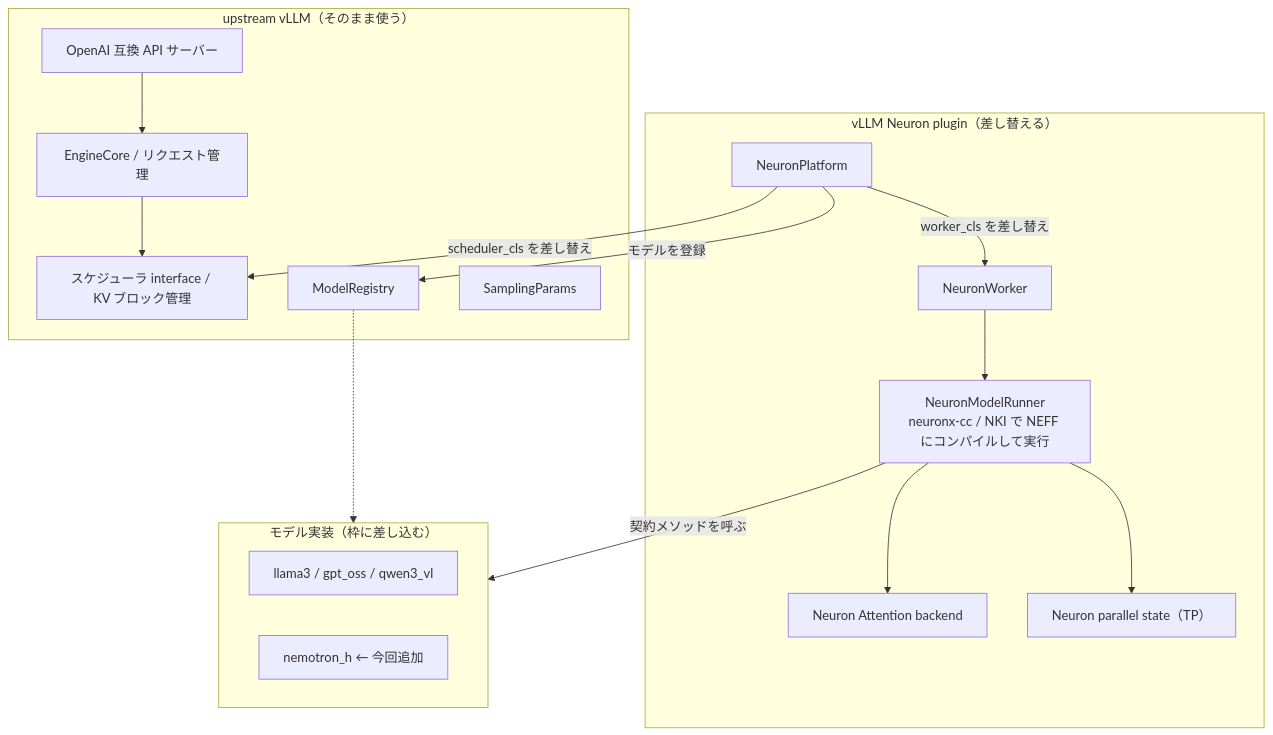
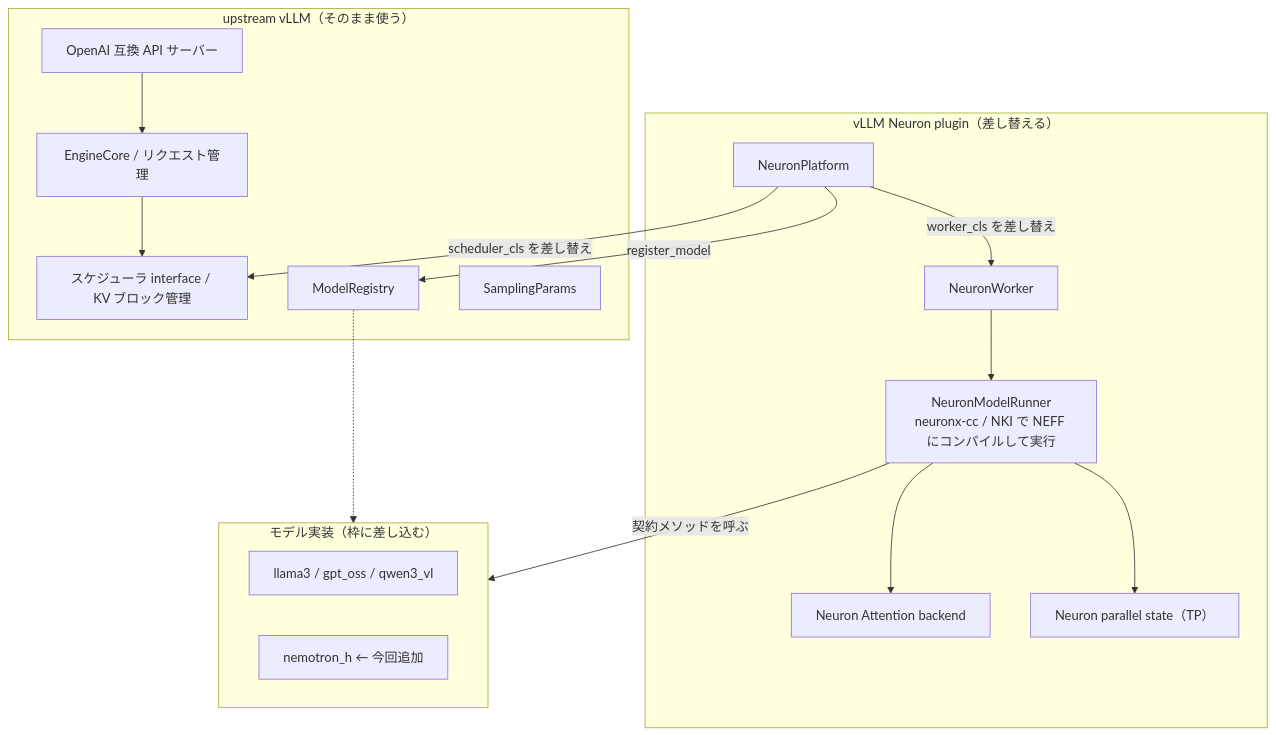
The first of 2 diagrams in articles/162e5225ba1c9b.md (littlemex/zenn), drawn with Mermaid before and after one commit. The commit also changed other lines of this file, not shown here.

````diff
--- a/articles/162e5225ba1c9b.md
+++ b/articles/162e5225ba1c9b.md
@@ -44,29 +46,29 @@
 ```mermaid
 flowchart TB
   subgraph up["upstream vLLM（そのまま使う）"]
     api["OpenAI 互換 API サーバー"]
     core["EngineCore / リクエスト管理"]
     sched["スケジューラ interface / KV ブロック管理"]
     reg["ModelRegistry"]
     samp["SamplingParams"]
   end
   subgraph pl["vLLM Neuron plugin（差し替える）"]
     plat["NeuronPlatform"]
     worker["NeuronWorker"]
     runner["NeuronModelRunner<br/>neuronx-cc / NKI で NEFF にコンパイルして実行"]
     attn["Neuron Attention backend"]
     par["Neuron parallel state（TP）"]
   end
   subgraph models["モデル実装（枠に差し込む）"]
     m1["llama3 / gpt_oss / qwen3_vl"]
     m2["nemotron_h ← 今回追加"]
   end
   api --> core --> sched
   plat -->|worker_cls を差し替え| worker --> runner
   plat -->|scheduler_cls を差し替え| sched
-  plat -->|モデルを登録| reg
+  plat -->|register_model| reg
   runner --> attn
   runner --> par
   runner -->|契約メソッドを呼ぶ| models
   reg -.-> models
 ```
````
